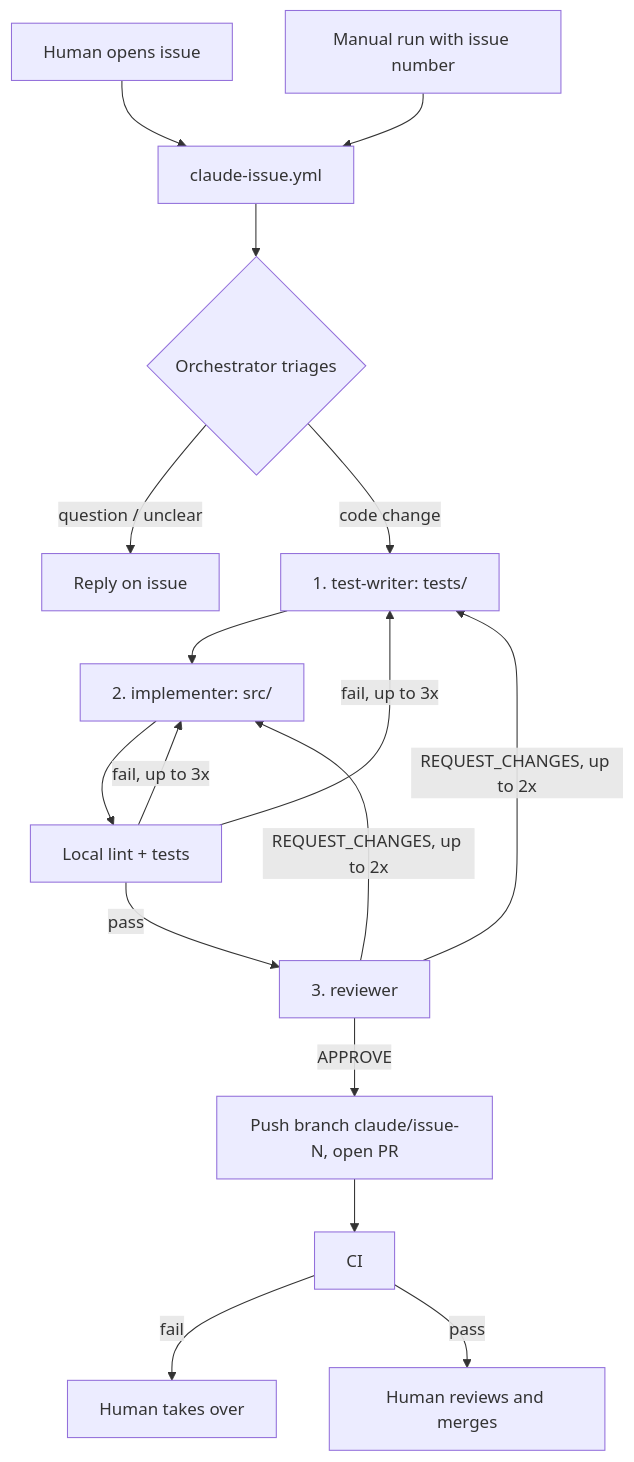
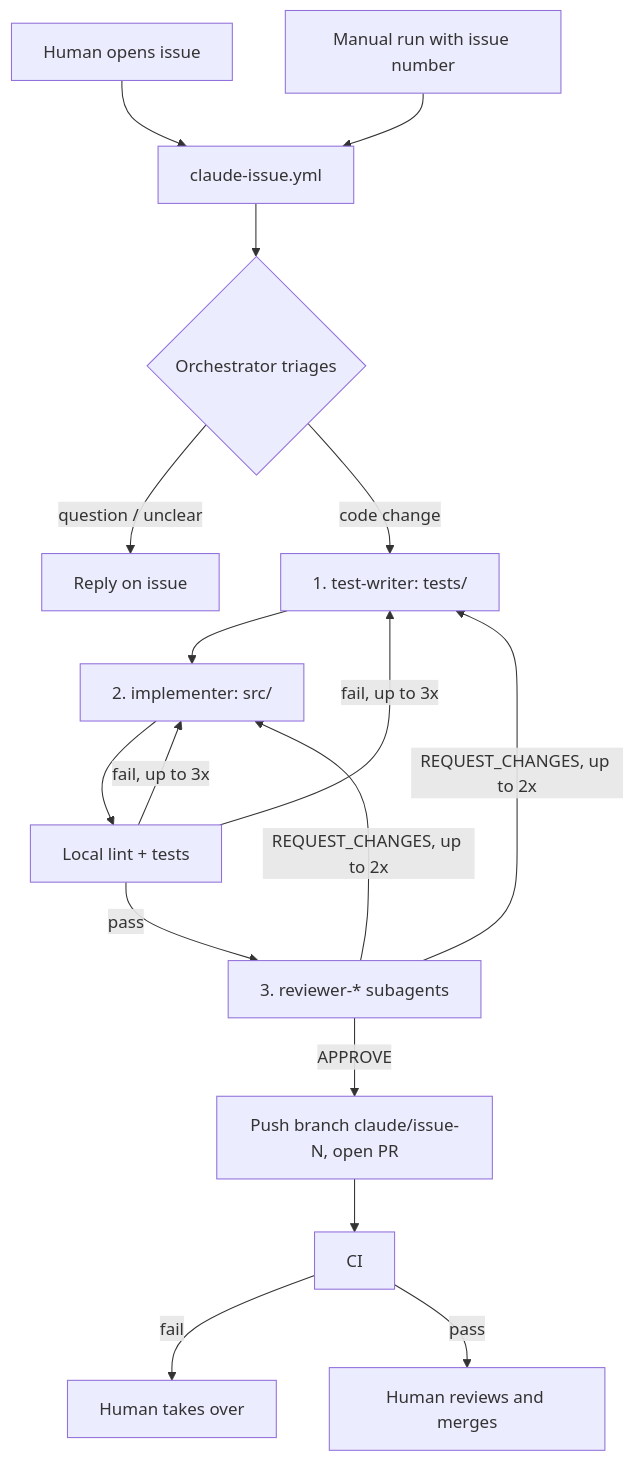
The diagram in docs/ai-workflow.md (kmura2026/cellular-automata-lab), drawn with Mermaid before and after one commit. The commit also changed other lines of this file and 11 other files, not shown here.

First line of the commit message:
Split reviewer into per-aspect subagents shared by all workflows

````diff
--- a/docs/ai-workflow.md
+++ b/docs/ai-workflow.md
@@ -3,17 +3,17 @@
 ```mermaid
 flowchart TD
     A[Human opens issue] --> B[claude-issue.yml]
     M[Manual run with issue number] --> B
     B --> C{Orchestrator triages}
     C -- question / unclear --> R[Reply on issue]
     C -- code change --> E[1. test-writer: tests/]
     E --> D[2. implementer: src/]
     D --> F[Local lint + tests]
     F -- fail, up to 3x --> E & D
-    F -- pass --> G[3. reviewer]
+    F -- pass --> G[3. reviewer-* subagents]
     G -- REQUEST_CHANGES, up to 2x --> E & D
     G -- APPROVE --> H[Push branch claude/issue-N, open PR]
     H --> I[CI]
     I -- fail --> L[Human takes over]
     I -- pass --> N[Human reviews and merges]
 ```
````
